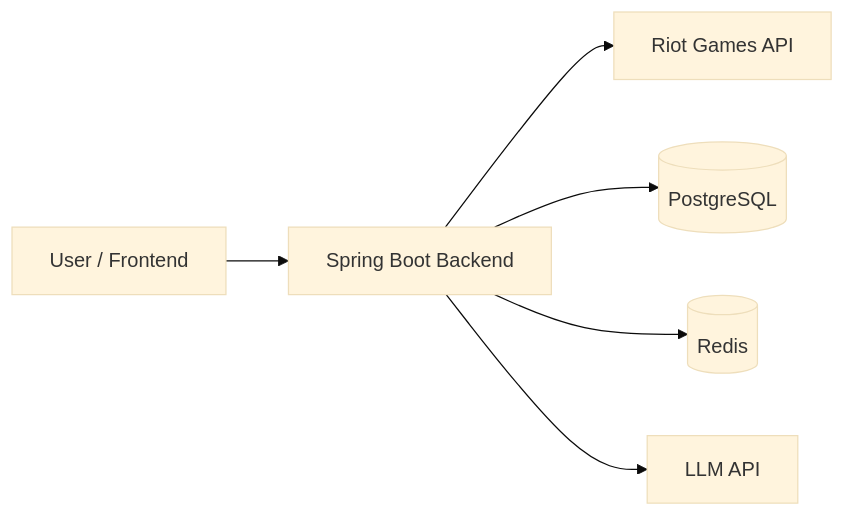
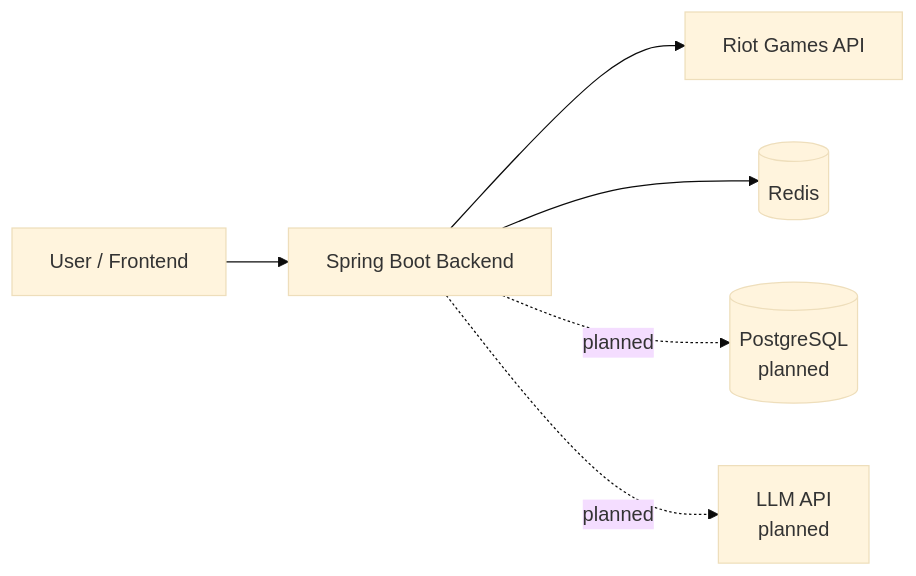
One commit to Nekke0409/lol-insight changed the diagram in docs/architecture.md. Above: the diagram before and after it, drawn with Mermaid (base theme). The commit also changed other lines of this file and 5 other files, not shown here.

Commit message:
docs: define sampled peer benchmark architecture

````diff
--- a/docs/architecture.md
+++ b/docs/architecture.md
@@ -44,15 +44,15 @@
 ```mermaid
 flowchart LR
     User[User / Frontend]
     App[Spring Boot Backend]
     Riot[Riot Games API]
-    DB[(PostgreSQL)]
     Cache[(Redis)]
-    LLM[LLM API]
+    DB[(PostgreSQL<br/>planned)]
+    LLM[LLM API<br/>planned]
 
     User --> App
     App --> Riot
-    App --> DB
     App --> Cache
-    App --> LLM
+    App -. planned .-> DB
+    App -. planned .-> LLM
 ```
````
